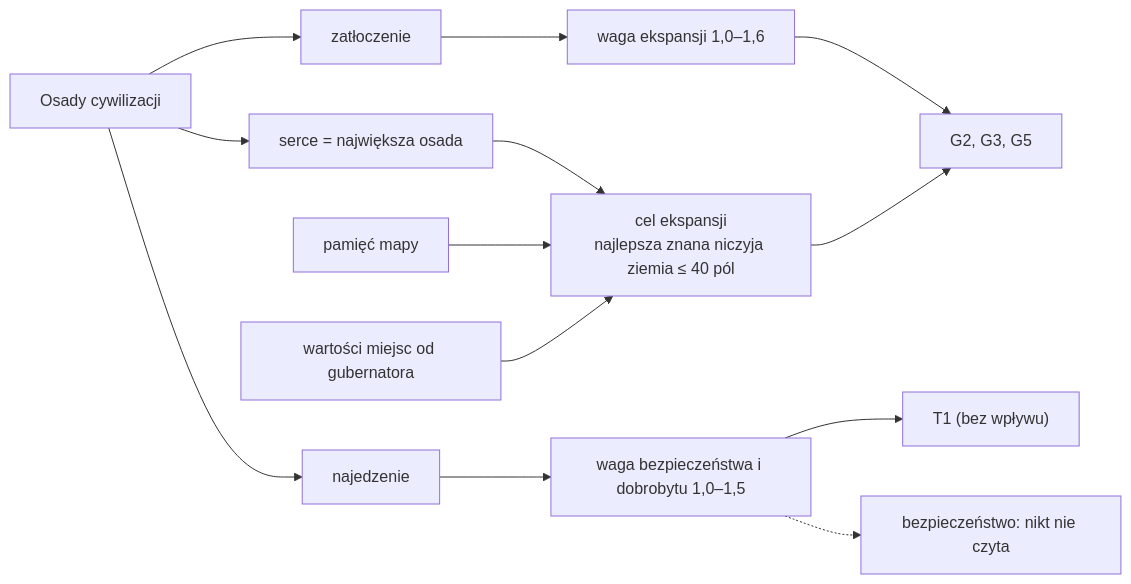
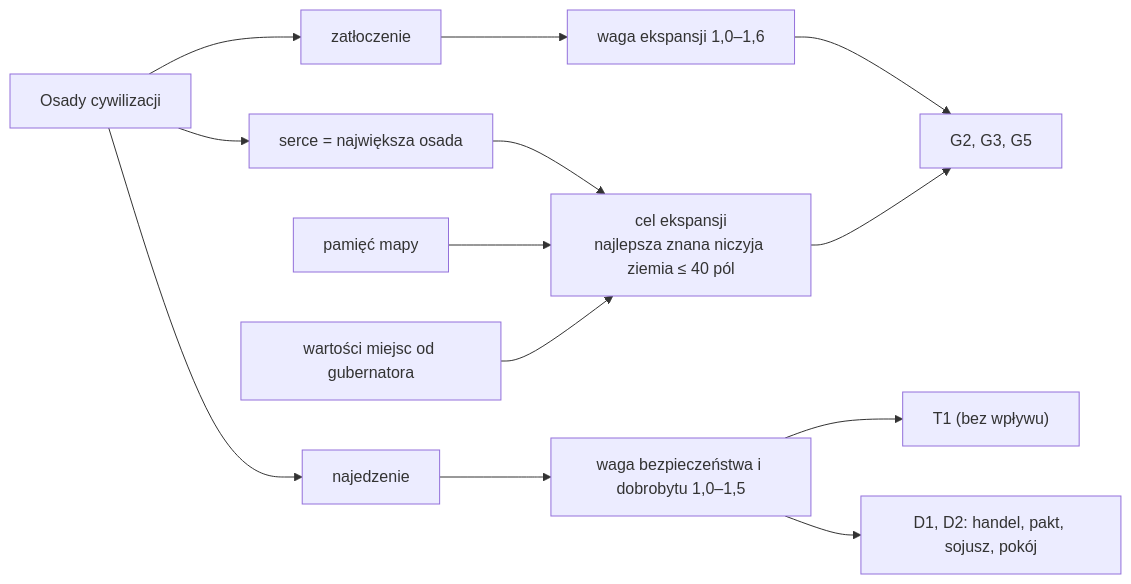
Before and after one commit to CoStellar/CivSim2: the diagram in docs/ai/02-strateg.md, drawn with Mermaid. The commit also changed other lines of this file and 11 other files, not shown here.

````diff
--- a/docs/ai/02-strateg.md
+++ b/docs/ai/02-strateg.md
@@ -84,12 +84,12 @@
 ```mermaid
 flowchart LR
   O["Osady cywilizacji"] --> Z["zatłoczenie"] --> WE["waga ekspansji 1,0–1,6"]
   O --> N["najedzenie"] --> WG["waga bezpieczeństwa i dobrobytu 1,0–1,5"]
   O --> H["serce = największa osada"] --> C["cel ekspansji<br/>najlepsza znana niczyja ziemia ≤ 40 pól"]
   M["pamięć mapy"] --> C
   G["wartości miejsc od gubernatora"] --> C
   WE --> G2["G2, G3, G5"]
   C --> G2
   WG --> T1["T1 (bez wpływu)"]
-  WG -.-> X["bezpieczeństwo: nikt nie czyta"]
+  WG --> DP["D1, D2: handel, pakt, sojusz, pokój"]
 ```
````
